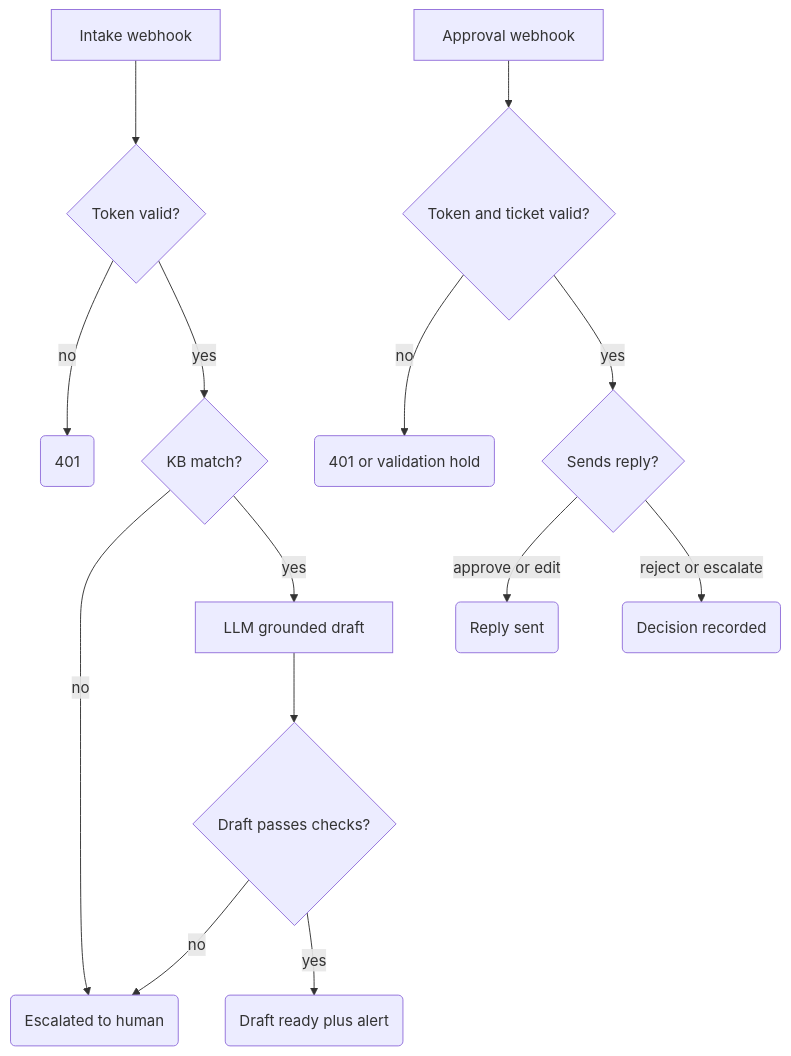
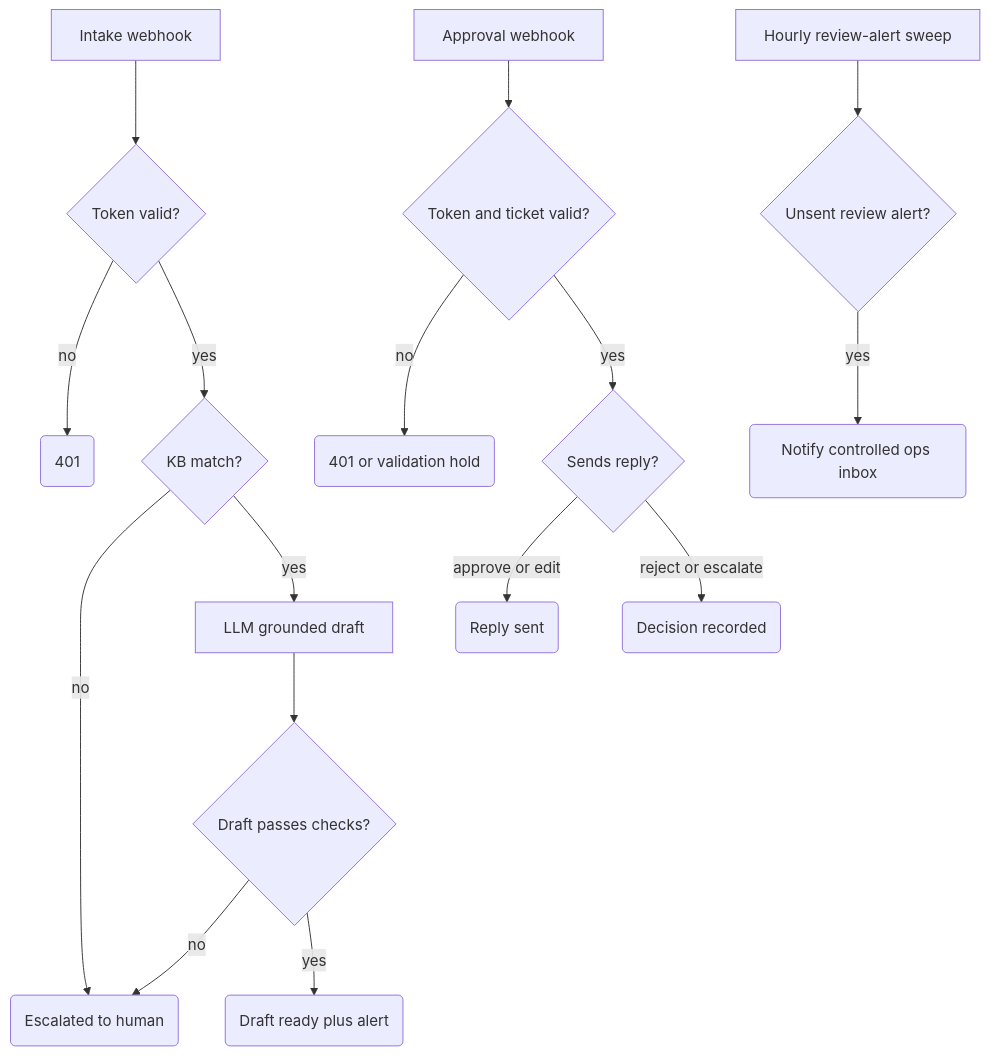
One commit to kuliberdalabs/n8n-sme-workflows changed the diagram in workflows/04-support-triage/README.md. Above: the diagram before and after it, drawn with Mermaid. The commit also changed other lines of this file and 3 other files, not shown here.

Commit message:
fix: reconcile unsent review alerts (#11)

````diff
--- a/workflows/04-support-triage/README.md
+++ b/workflows/04-support-triage/README.md
@@ -15,16 +16,18 @@
 ```mermaid
 flowchart TD
   IW[Intake webhook] --> T1{Token valid?}
   T1 -- no --> R401(401)
   T1 -- yes --> KB{KB match?}
   KB -- no --> ESC(Escalated to human)
   KB -- yes --> AI[LLM grounded draft]
   AI --> V{Draft passes checks?}
   V -- no --> ESC
   V -- yes --> DR(Draft ready plus alert)
   AW[Approval webhook] --> T2{Token and ticket valid?}
   T2 -- no --> HOLD(401 or validation hold)
   T2 -- yes --> ACT{Sends reply?}
   ACT -- approve or edit --> SEND(Reply sent)
   ACT -- reject or escalate --> DEC(Decision recorded)
+  RS[Hourly review-alert sweep] --> UA{Unsent review alert?}
+  UA -- yes --> OPS(Notify controlled ops inbox)
 ```
````
